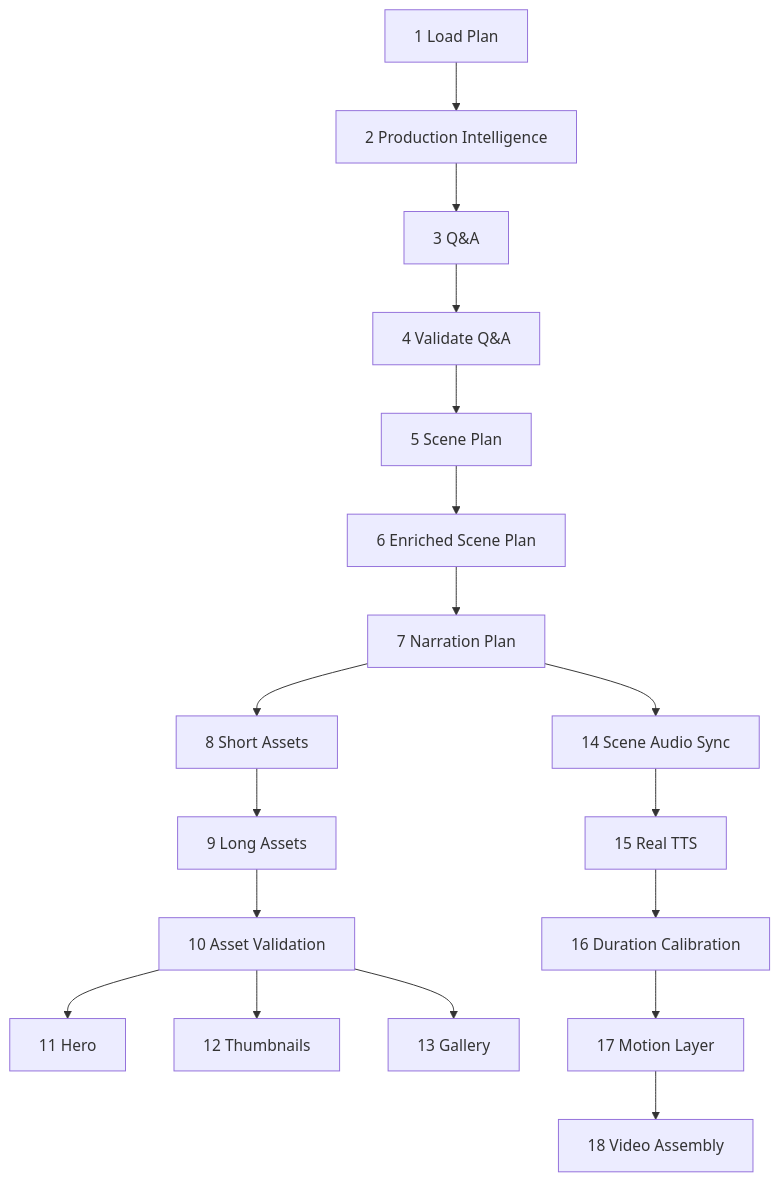
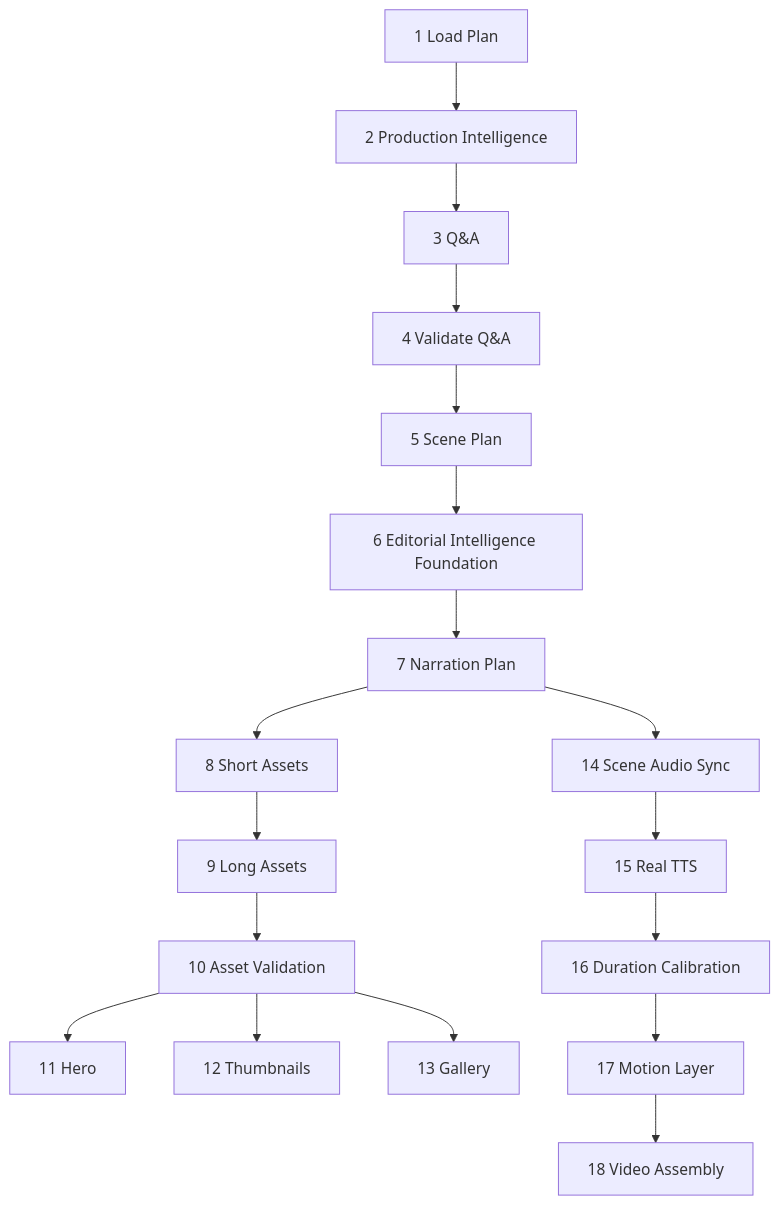
Before and after one commit to Sanjay-pujari/AstronomyVideoGeneration: the diagram in docs/architecture/PipelineArchitecture.md, drawn with Mermaid. The commit also changed other lines of this file and 3 other files, not shown here.

Commit message:
Refactor RC2 phase 6 editorial intelligence

````diff
--- a/docs/architecture/PipelineArchitecture.md
+++ b/docs/architecture/PipelineArchitecture.md
@@ -9,13 +9,13 @@
 ```mermaid
 flowchart TD
   P1[1 Load Plan] --> P2[2 Production Intelligence] --> P3[3 Q&A]
-  P3 --> P4[4 Validate Q&A] --> P5[5 Scene Plan] --> P6[6 Enriched Scene Plan]
+  P3 --> P4[4 Validate Q&A] --> P5[5 Scene Plan] --> P6[6 Editorial Intelligence Foundation]
   P6 --> P7[7 Narration Plan] --> P8[8 Short Assets] --> P9[9 Long Assets]
   P9 --> P10[10 Asset Validation]
   P10 --> P11[11 Hero]
   P10 --> P12[12 Thumbnails]
   P10 --> P13[13 Gallery]
   P7 --> P14[14 Scene Audio Sync]
   P14 --> P15[15 Real TTS]
   P15 --> P16[16 Duration Calibration] --> P17[17 Motion Layer] --> P18[18 Video Assembly]
 ```
````
